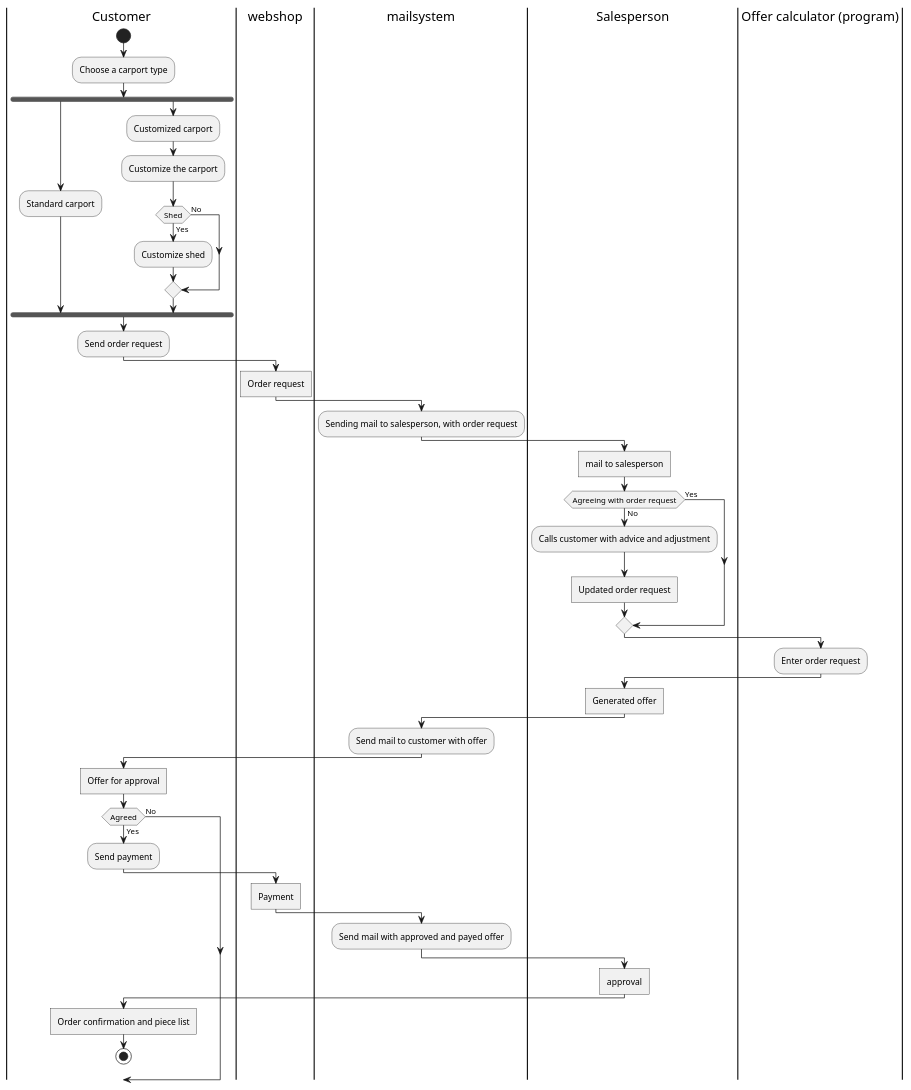
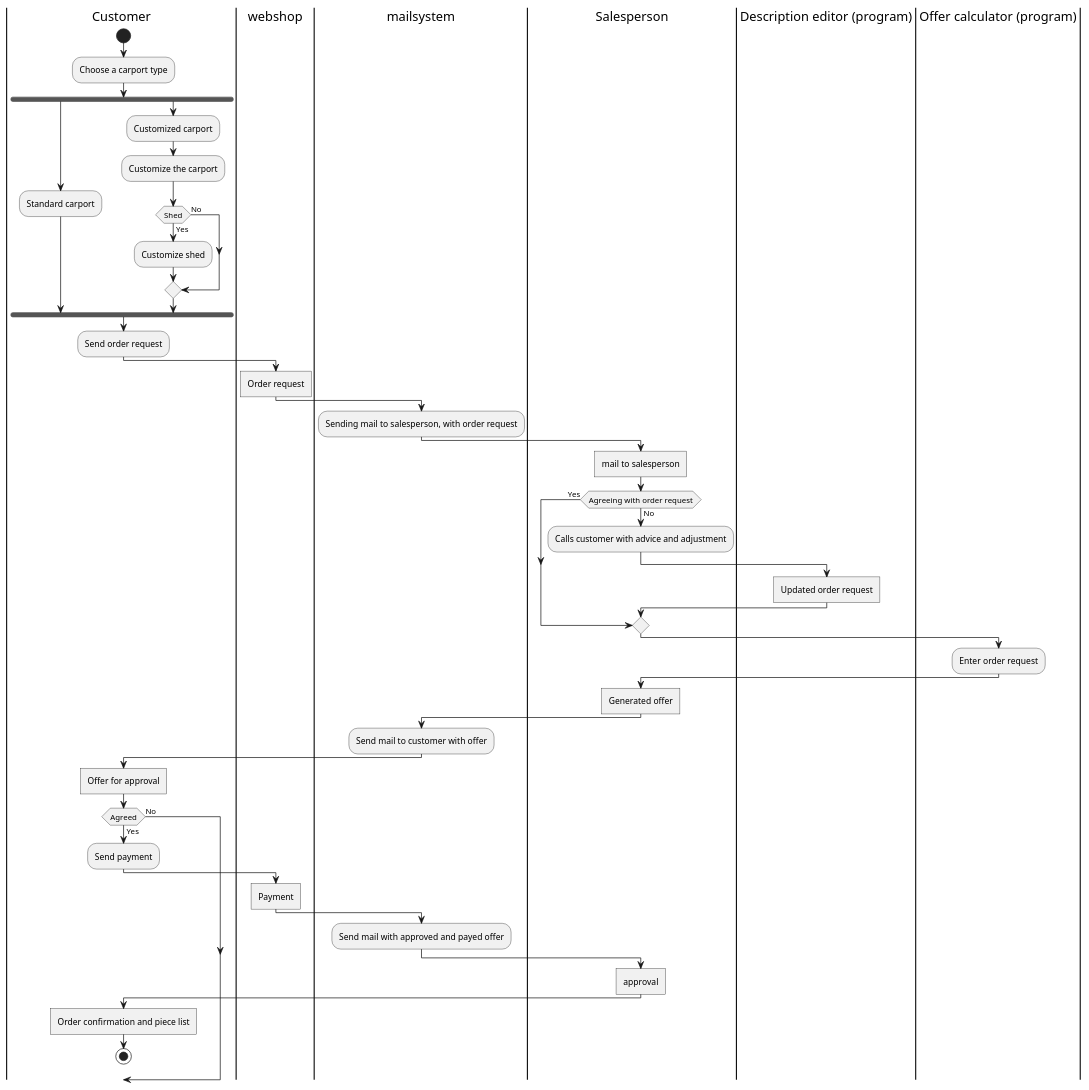
The diagram in src/main/resources/Persistence/AsIs.puml (FruSchwencke/Fog_2024), drawn with PlantUML before and after one commit. The commit also changed 1 other file, not shown here.

Commit message:
another program added to ASIS

```diff
--- a/src/main/resources/Persistence/AsIs.puml
+++ b/src/main/resources/Persistence/AsIs.puml
@@ -1,57 +1,59 @@
 @startuml
 |Customer|
 start
 :Choose a carport type;
 fork
 :Standard carport;
 fork again
 :Customized carport;
 :Customize the carport;
 if  (Shed) then (Yes)
 :Customize shed;
 
 else (No)
 endif
 endfork
 :Send order request;
 |webshop|
 :Order request]
 |mailsystem|
 :Sending mail to salesperson, with order request;
 |Salesperson|
 :mail to salesperson]
 if (Agreeing with order request) then (No)
 :Calls customer with advice and adjustment;
+|Description editor (program)|
 :Updated order request]
 
 
 
 |Offer calculator (program)|
 else (Yes)
+
 endif
 :Enter order request;
 
 |Salesperson|
 :Generated offer]
 
 |mailsystem|
 :Send mail to customer with offer;
 |Customer|
 
 :Offer for approval]
 if (Agreed) then (No)
 
 
 else (Yes)
 :Send payment;
 |webshop|
 :Payment]
 |mailsystem|
 :Send mail with approved and payed offer;
 |Salesperson|
 :approval]
 
 |Customer|
 :Order confirmation and piece list]
 stop
 @enduml
```
